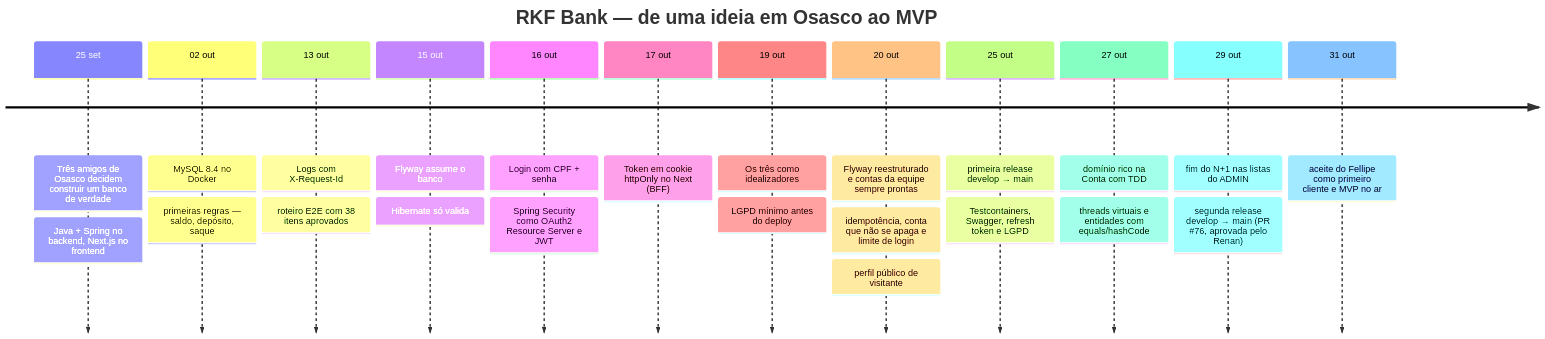
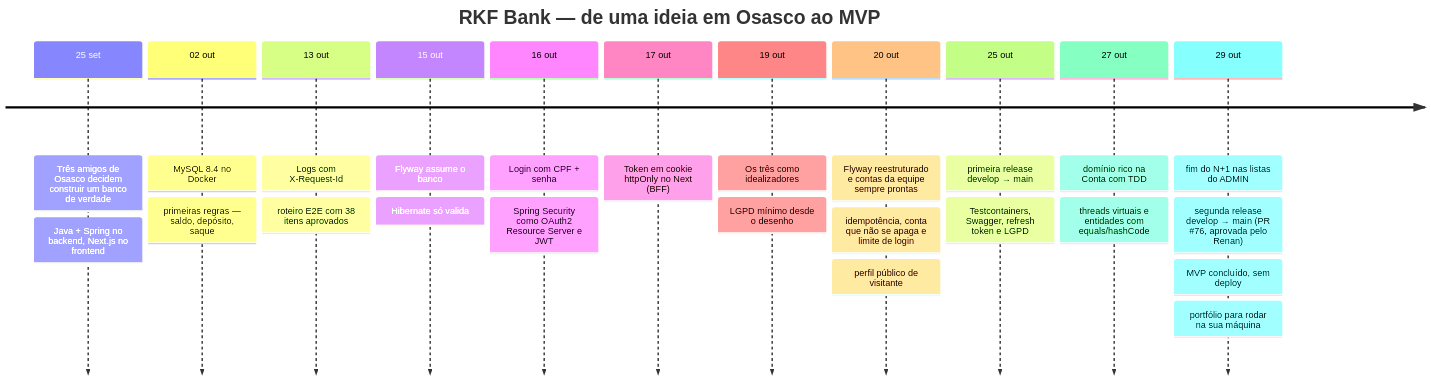
One commit to k3vinrich4rd/k3vinrich4rd changed the fourth of 22 diagrams in README.md. Above: the diagram before and after it, drawn with Mermaid. The commit also changed other lines of this file and 3 other files, not shown here.

First line of the commit message:
docs(perfil): MVP do RKF Bank concluido e sem fase de deploy

````diff
--- a/README.md
+++ b/README.md
@@ -555,16 +554,15 @@
 ```mermaid
 timeline
     title RKF Bank — de uma ideia em Osasco ao MVP
     25 set : Três amigos de Osasco decidem construir um banco de verdade : Java + Spring no backend, Next.js no frontend
     02 out : MySQL 8.4 no Docker : primeiras regras — saldo, depósito, saque
     13 out : Logs com X-Request-Id : roteiro E2E com 38 itens aprovados
     15 out : Flyway assume o banco : Hibernate só valida
     16 out : Login com CPF + senha : Spring Security como OAuth2 Resource Server e JWT
     17 out : Token em cookie httpOnly no Next (BFF)
-    19 out : Os três como idealizadores : LGPD mínimo antes do deploy
+    19 out : Os três como idealizadores : LGPD mínimo desde o desenho
     20 out : Flyway reestruturado e contas da equipe sempre prontas : idempotência, conta que não se apaga e limite de login : perfil público de visitante
     25 out : primeira release develop → main : Testcontainers, Swagger, refresh token e LGPD
     27 out : domínio rico na Conta com TDD : threads virtuais e entidades com equals/hashCode
-    29 out : fim do N+1 nas listas do ADMIN : segunda release develop → main (PR #76, aprovada pelo Renan)
-    31 out : aceite do Fellipe como primeiro cliente e MVP no ar
+    29 out : fim do N+1 nas listas do ADMIN : segunda release develop → main (PR #76, aprovada pelo Renan) : MVP concluído, sem deploy: portfólio para rodar na sua máquina
 ```
````
